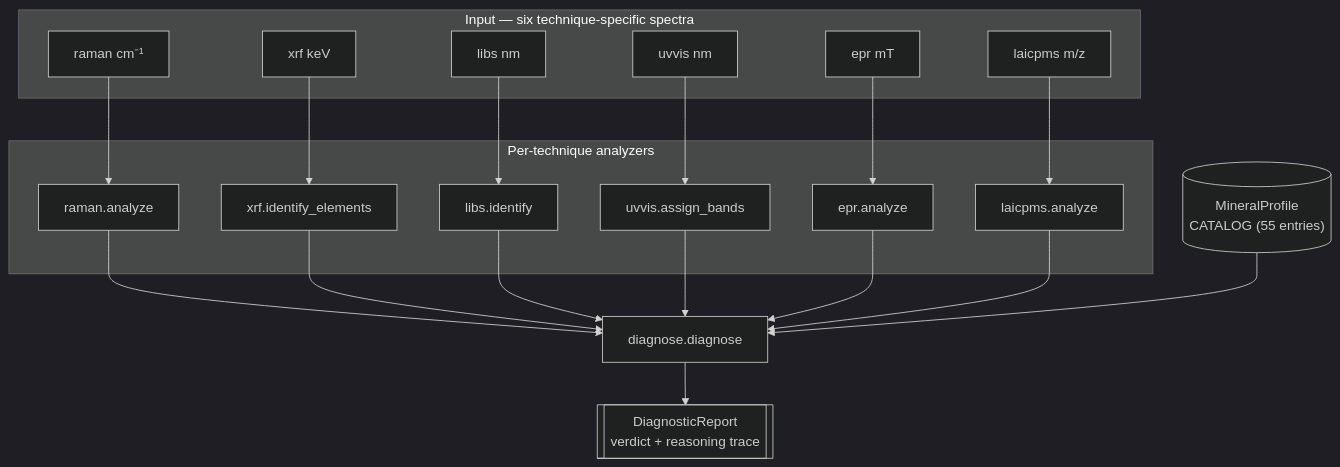
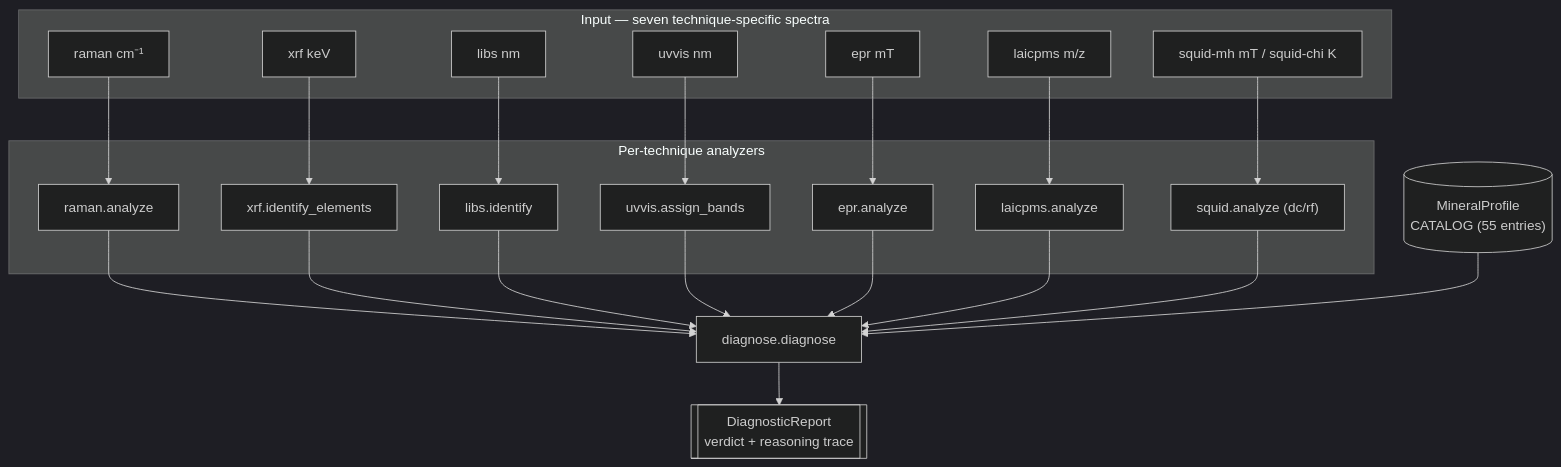
One commit to sonoransun/checkmsg changed the diagram in README.md. Above: the diagram before and after it, drawn with Mermaid (dark theme). The commit also changed other lines of this file and 19 other files, not shown here.

````diff
--- a/README.md
+++ b/README.md
@@ -14,36 +14,40 @@
 ```mermaid
 flowchart TB
-    subgraph Input["Input — six technique-specific spectra"]
+    subgraph Input["Input — seven technique-specific spectra"]
         S1["raman cm⁻¹"]
         S2["xrf keV"]
         S3["libs nm"]
         S4["uvvis nm"]
         S5["epr mT"]
         S6["laicpms m/z"]
+        S7["squid-mh mT / squid-chi K"]
     end
     subgraph Analyzers["Per-technique analyzers"]
         A1["raman.analyze"]
         A2["xrf.identify_elements"]
         A3["libs.identify"]
         A4["uvvis.assign_bands"]
         A5["epr.analyze"]
         A6["laicpms.analyze"]
+        A7["squid.analyze (dc/rf)"]
     end
     Catalog[("MineralProfile<br/>CATALOG (55 entries)")]
     Diagnose["diagnose.diagnose"]
     Report[["DiagnosticReport<br/>verdict + reasoning trace"]]
     S1 --> A1
     S2 --> A2
     S3 --> A3
     S4 --> A4
     S5 --> A5
     S6 --> A6
+    S7 --> A7
     A1 --> Diagnose
     A2 --> Diagnose
     A3 --> Diagnose
     A4 --> Diagnose
     A5 --> Diagnose
     A6 --> Diagnose
+    A7 --> Diagnose
     Catalog --> Diagnose
     Diagnose --> Report
 ```
````
